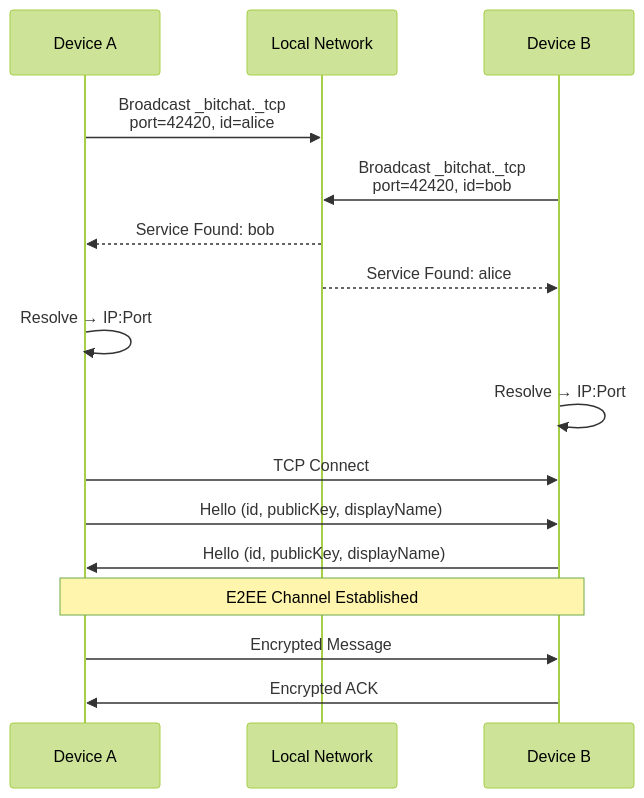
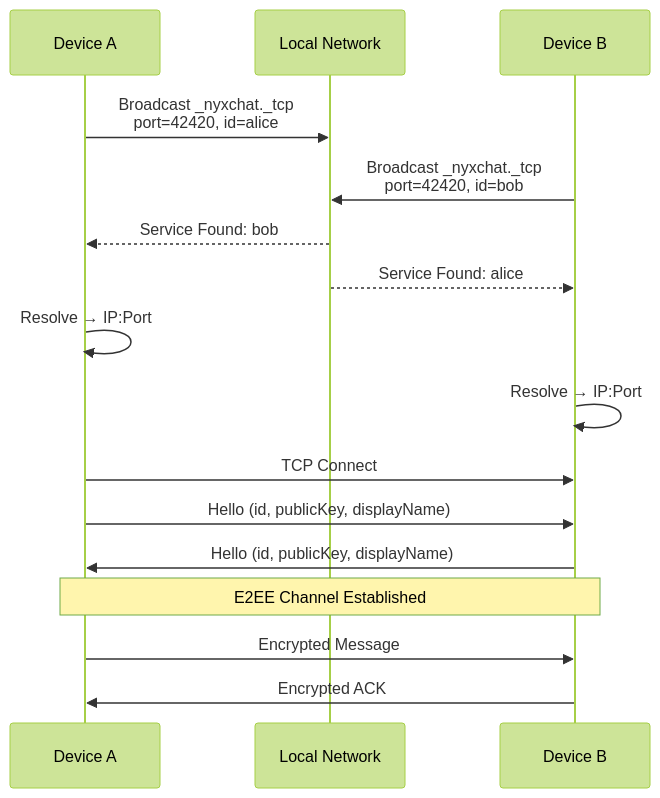
The fourth of 18 diagrams in README.md (harshitt13/NyxChat), drawn with Mermaid (forest theme) before and after one commit. The commit also changed other lines of this file and 22 other files, not shown here.

First line of the commit message:
refactor: rename all bitchat references to nyxchat

````diff
--- a/README.md
+++ b/README.md
@@ -239,23 +239,23 @@
 ```mermaid
 sequenceDiagram
     participant A as Device A
     participant Network as Local Network
     participant B as Device B
 
-    A->>Network: Broadcast _bitchat._tcp<br/>port=42420, id=alice
-    B->>Network: Broadcast _bitchat._tcp<br/>port=42420, id=bob
+    A->>Network: Broadcast _nyxchat._tcp<br/>port=42420, id=alice
+    B->>Network: Broadcast _nyxchat._tcp<br/>port=42420, id=bob
 
     Network-->>A: Service Found: bob
     Network-->>B: Service Found: alice
 
     A->>A: Resolve → IP:Port
     B->>B: Resolve → IP:Port
 
     A->>B: TCP Connect
     A->>B: Hello (id, publicKey, displayName)
     B->>A: Hello (id, publicKey, displayName)
 
     Note over A,B: E2EE Channel Established
     A->>B: Encrypted Message
     B->>A: Encrypted ACK
 ```
````
